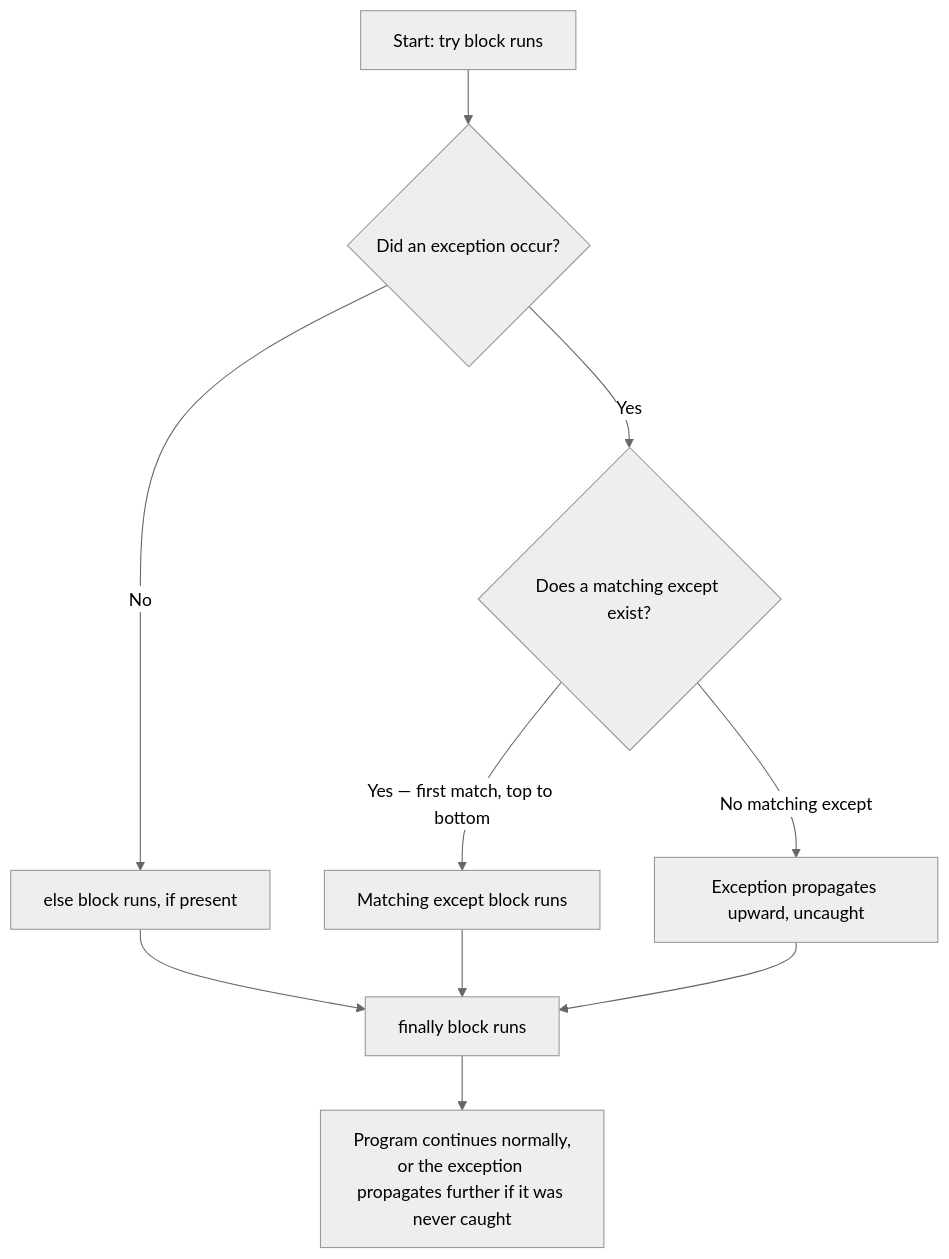
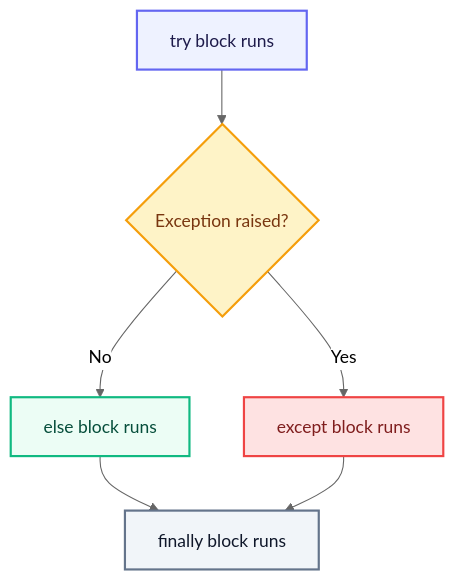
The diagram in modules/Week12/5. Errors-exceptions.md (NamrataRev/AI_academy), drawn with Mermaid (neutral theme) before and after one commit. The commit also changed other lines of this file and 7 other files, not shown here.

````diff
--- a/modules/Week12/5. Errors-exceptions.md
+++ b/modules/Week12/5. Errors-exceptions.md
@@ -123,12 +129,20 @@
 ```mermaid
 flowchart TD
-    A["Start: try block runs"] --> B{"Did an exception occur?"}
-    B -->|No| C["else block runs, if present"]
-    B -->|Yes| D{"Does a matching except exist?"}
-    D -->|Yes — first match, top to bottom| E["Matching except block runs"]
-    D -->|No matching except| F["Exception propagates upward, uncaught"]
-    C --> G["finally block runs"]
-    E --> G
-    F --> G
-    G --> H["Program continues normally,<br/>or the exception propagates further if it was never caught"]
+    A["try block runs"] --> B{"Exception raised?"}
+    B -->|"No"| C["else block runs"]
+    B -->|"Yes"| D["except block runs"]
+    C --> E["finally block runs"]
+    D --> E
+
+    classDef attempt fill:#EEF2FF,stroke:#6366F1,stroke-width:2px,color:#1E1B4B
+    classDef check fill:#FEF3C7,stroke:#F59E0B,stroke-width:2px,color:#78350F
+    classDef good fill:#ECFDF5,stroke:#10B981,stroke-width:2px,color:#064E3B
+    classDef bad fill:#FEE2E2,stroke:#EF4444,stroke-width:2px,color:#7F1D1D
+    classDef always fill:#F1F5F9,stroke:#64748B,stroke-width:2px,color:#0F172A
+
+    class A attempt
+    class B check
+    class C good
+    class D bad
+    class E always
 ```
````
